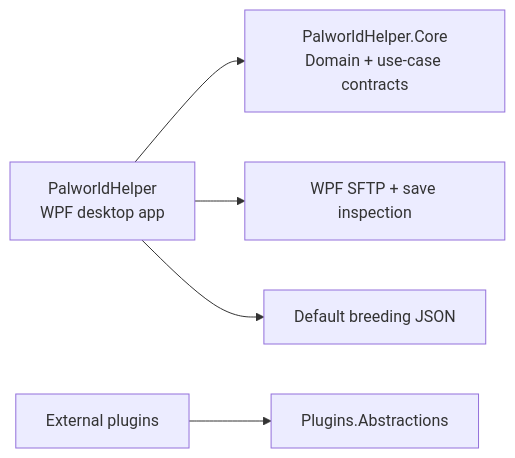
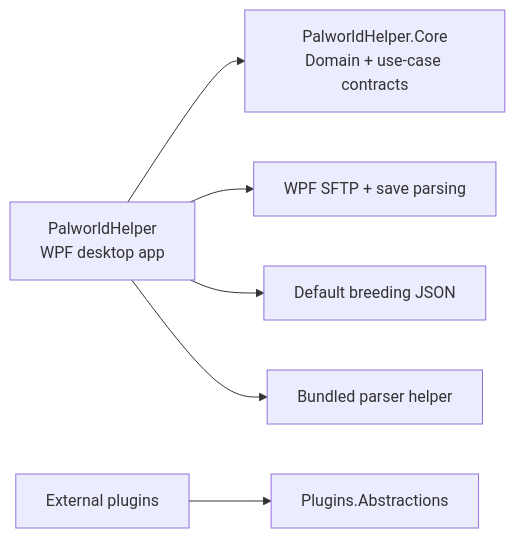
The diagram in docs/ARCHITECTURE.md (lanessear/PalworldHelper), drawn with Mermaid before and after one commit. The commit also changed other lines of this file and 10 other files, not shown here.

First line of the commit message:
Polish project docs and roadmap (#18)

````diff
--- a/docs/ARCHITECTURE.md
+++ b/docs/ARCHITECTURE.md
@@ -5,7 +5,8 @@
 ```mermaid
 flowchart LR
   UI[PalworldHelper\nWPF desktop app] --> Core[PalworldHelper.Core\nDomain + use-case contracts]
-  UI --> Import[WPF SFTP + save inspection]
+  UI --> Import[WPF SFTP + save parsing]
   UI --> DataFile[Default breeding JSON]
+  UI --> Parser[Bundled parser helper]
   Plugins[External plugins] --> PluginApi[Plugins.Abstractions]
 ```
````
